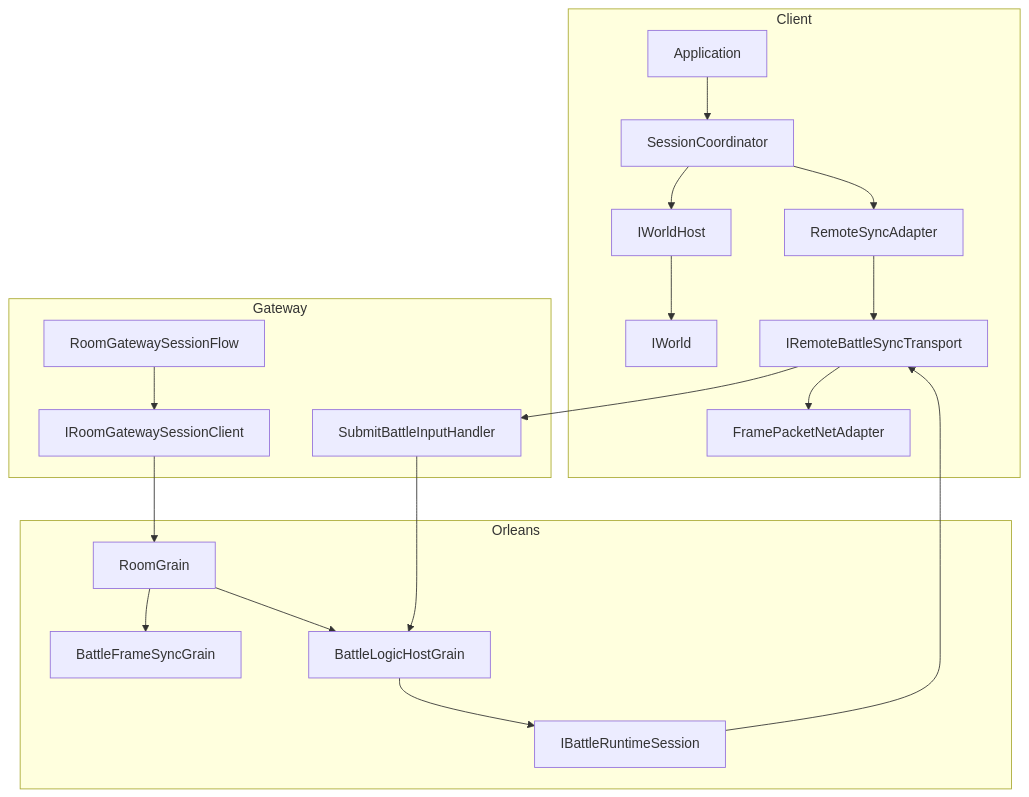
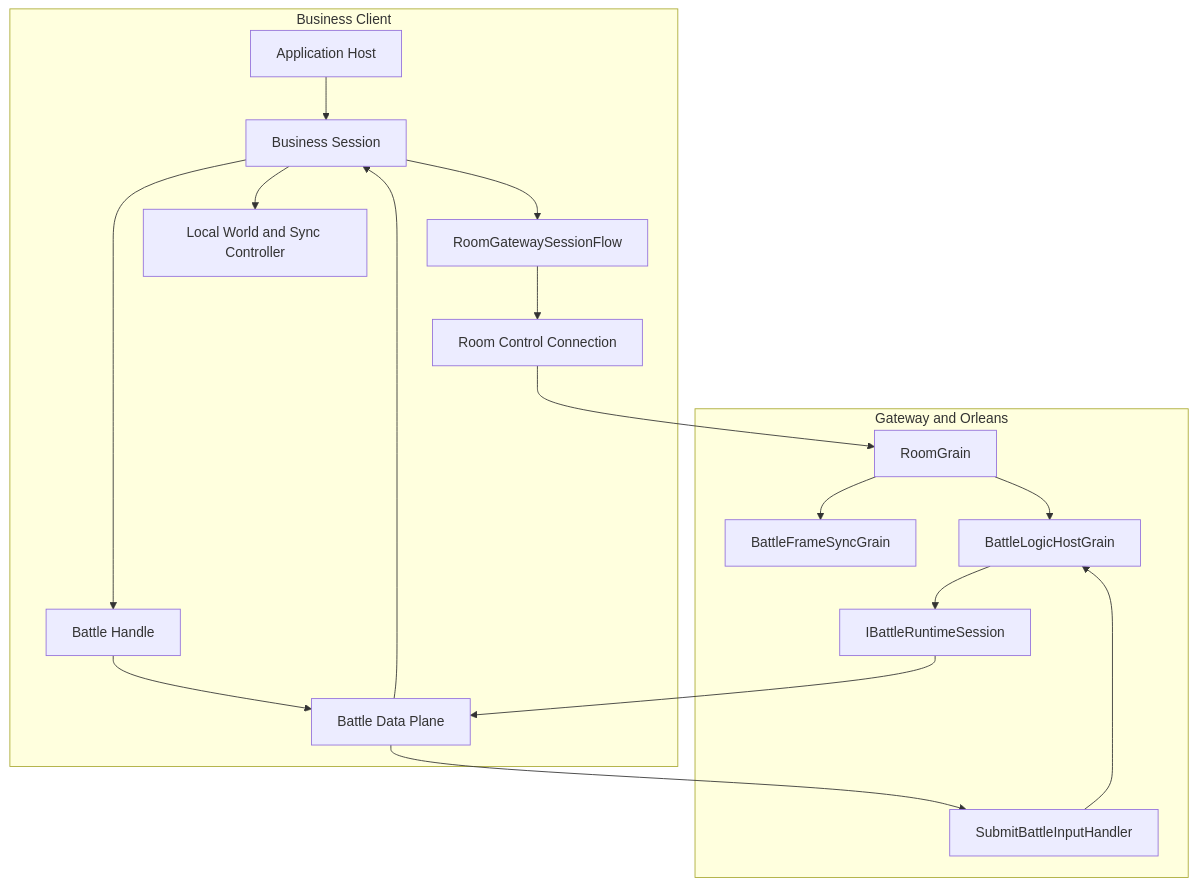
Before and after one commit to HOBOBO/AbilityKit: the first of 11 diagrams in Docs/design/07-NetworkSynchronization/05-SessionCoordination.md, drawn with Mermaid. The commit also changed other lines of this file and 328 other files, not shown here.

````diff
--- a/Docs/design/07-NetworkSynchronization/05-SessionCoordination.md
+++ b/Docs/design/07-NetworkSynchronization/05-SessionCoordination.md
@@ -84,40 +82,35 @@
 ```mermaid
 flowchart TB
-    subgraph Client[Client]
-        App[Application]
-        Coordinator[SessionCoordinator]
-        WorldHost[IWorldHost]
-        World[IWorld]
-        SyncAdapter[RemoteSyncAdapter]
-        Transport[IRemoteBattleSyncTransport]
-        NetAdapter[FramePacketNetAdapter]
+    subgraph Client[Business Client]
+        App[Application Host]
+        Session[Business Session]
+        Flow[RoomGatewaySessionFlow]
+        Control[Room Control Connection]
+        Handle[Battle Handle]
+        DataPlane[Battle Data Plane]
+        World[Local World and Sync Controller]
     end
 
-    subgraph GatewayLayer[Gateway]
-        Flow[RoomGatewaySessionFlow]
-        GatewayClient[IRoomGatewaySessionClient]
+    subgraph Orleans[Gateway and Orleans]
+        Room[RoomGrain]
         InputHandler[SubmitBattleInputHandler]
-    end
-
-    subgraph Orleans[Orleans]
-        Room[RoomGrain]
         FrameSync[BattleFrameSyncGrain]
         Battle[BattleLogicHostGrain]
         Runtime[IBattleRuntimeSession]
     end
 
-    App --> Coordinator
-    Coordinator --> WorldHost
-    WorldHost --> World
-    Coordinator --> SyncAdapter
-    SyncAdapter --> Transport
-    Flow --> GatewayClient
-    Transport --> InputHandler
-    GatewayClient --> Room
+    App --> Session
+    Session --> Flow
+    Flow --> Control
+    Control --> Room
+    Session --> Handle
+    Handle --> DataPlane
+    DataPlane --> InputHandler
+    InputHandler --> Battle
     Room --> FrameSync
     Room --> Battle
-    InputHandler --> Battle
     Battle --> Runtime
-    Runtime --> Transport
-    Transport --> NetAdapter
+    Runtime --> DataPlane
+    DataPlane --> Session
+    Session --> World
 ```
````
